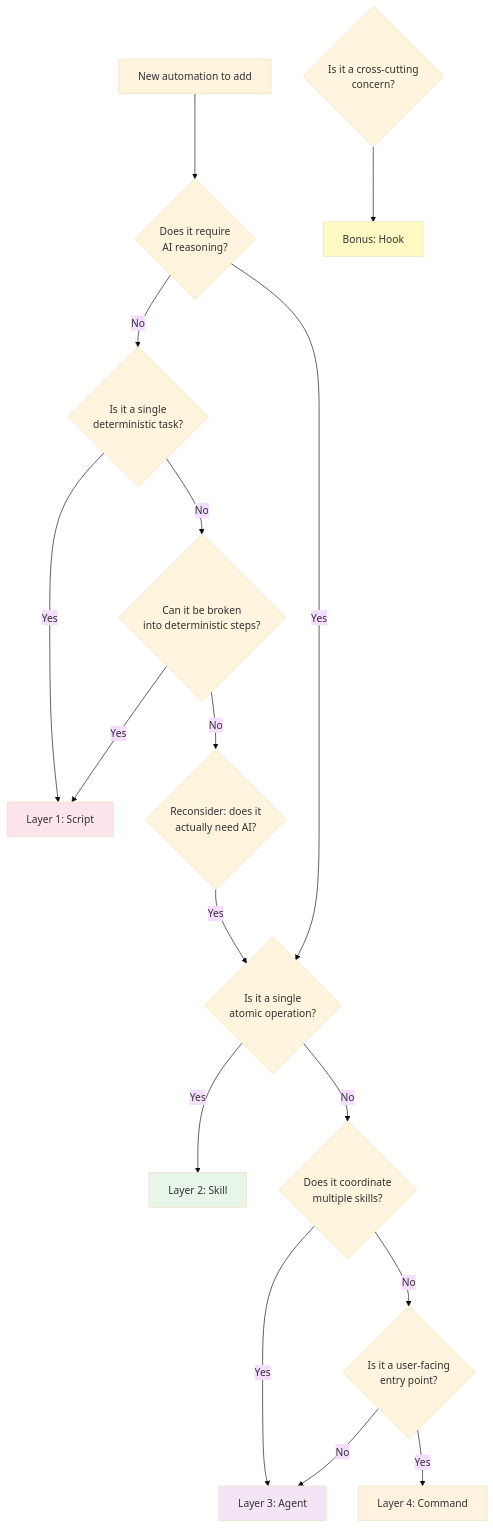
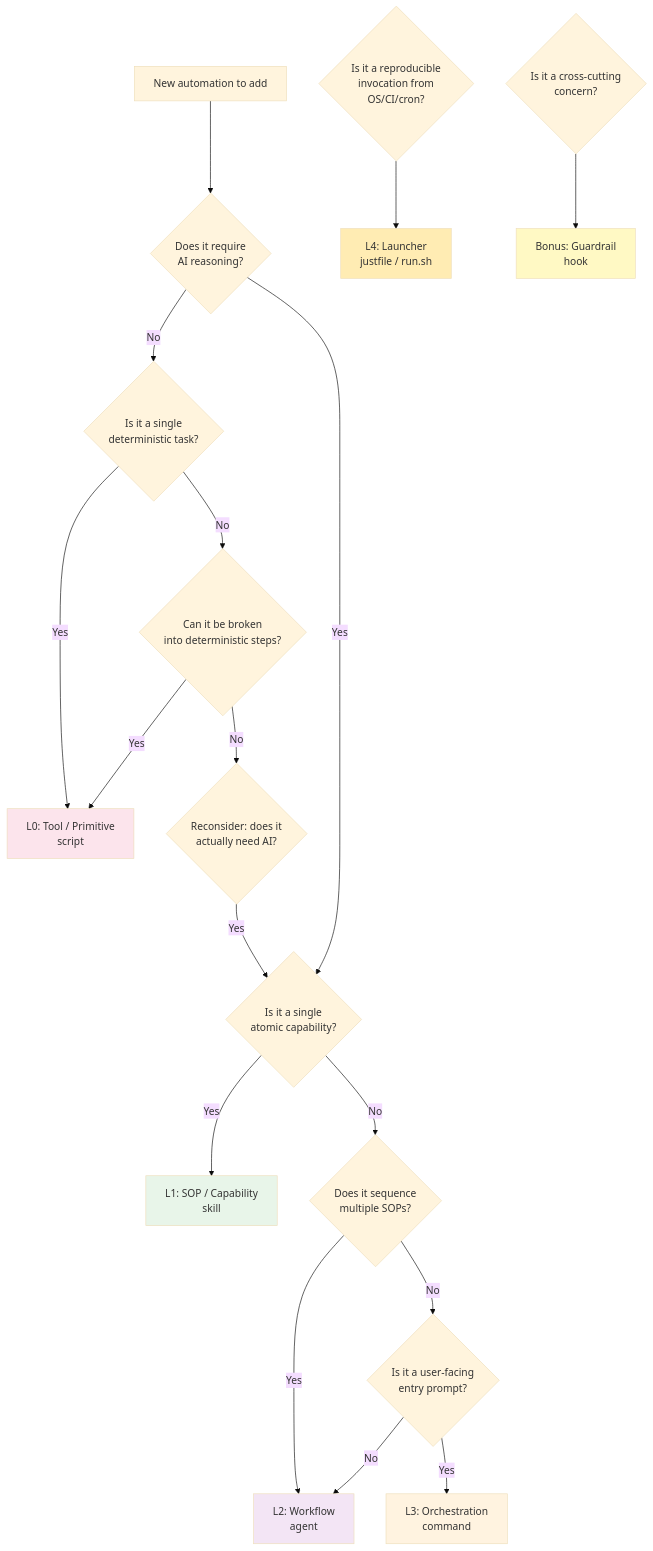
One commit to CLIAI/agentic-4layer-architecture changed the second of 2 diagrams in docs/architecture.md. Above: the diagram before and after it, drawn with Mermaid (base theme). The commit also changed other lines of this file and 8 other files, not shown here.

````diff
--- a/docs/architecture.md
+++ b/docs/architecture.md
@@ -394,26 +526,28 @@
 ```mermaid
 flowchart TD
     START[New automation to add] --> Q1{Does it require<br/>AI reasoning?}
     Q1 -->|No| Q2{Is it a single<br/>deterministic task?}
-    Q2 -->|Yes| L1[Layer 1: Script]
+    Q2 -->|Yes| L0[L0: Tool / Primitive<br/>script]
     Q2 -->|No| Q3{Can it be broken<br/>into deterministic steps?}
-    Q3 -->|Yes| L1
+    Q3 -->|Yes| L0
     Q3 -->|No| Q4{Reconsider: does it<br/>actually need AI?}
     Q4 -->|Yes| Q5
 
-    Q1 -->|Yes| Q5{Is it a single<br/>atomic operation?}
-    Q5 -->|Yes| L2[Layer 2: Skill]
-    Q5 -->|No| Q6{Does it coordinate<br/>multiple skills?}
-    Q6 -->|Yes| L3[Layer 3: Agent]
-    Q6 -->|No| Q7{Is it a user-facing<br/>entry point?}
-    Q7 -->|Yes| L4[Layer 4: Command]
-    Q7 -->|No| L3
+    Q1 -->|Yes| Q5{Is it a single<br/>atomic capability?}
+    Q5 -->|Yes| L1[L1: SOP / Capability<br/>skill]
+    Q5 -->|No| Q6{Does it sequence<br/>multiple SOPs?}
+    Q6 -->|Yes| L2[L2: Workflow<br/>agent]
+    Q6 -->|No| Q7{Is it a user-facing<br/>entry prompt?}
+    Q7 -->|Yes| L3[L3: Orchestration<br/>command]
+    Q7 -->|No| L2
 
-    Q8{Is it a cross-cutting<br/>concern?} --> LH[Bonus: Hook]
+    Q9{Is it a reproducible<br/>invocation from<br/>OS/CI/cron?} --> L4[L4: Launcher<br/>justfile / run.sh]
+    Q8{Is it a cross-cutting<br/>concern?} --> LH[Bonus: Guardrail<br/>hook]
 
-    style L1 fill:#fce4ec
-    style L2 fill:#e8f5e9
-    style L3 fill:#f3e5f5
-    style L4 fill:#fff3e0
+    style L0 fill:#fce4ec
+    style L1 fill:#e8f5e9
+    style L2 fill:#f3e5f5
+    style L3 fill:#fff3e0
+    style L4 fill:#ffecb3
     style LH fill:#fff9c4
 ```
````
